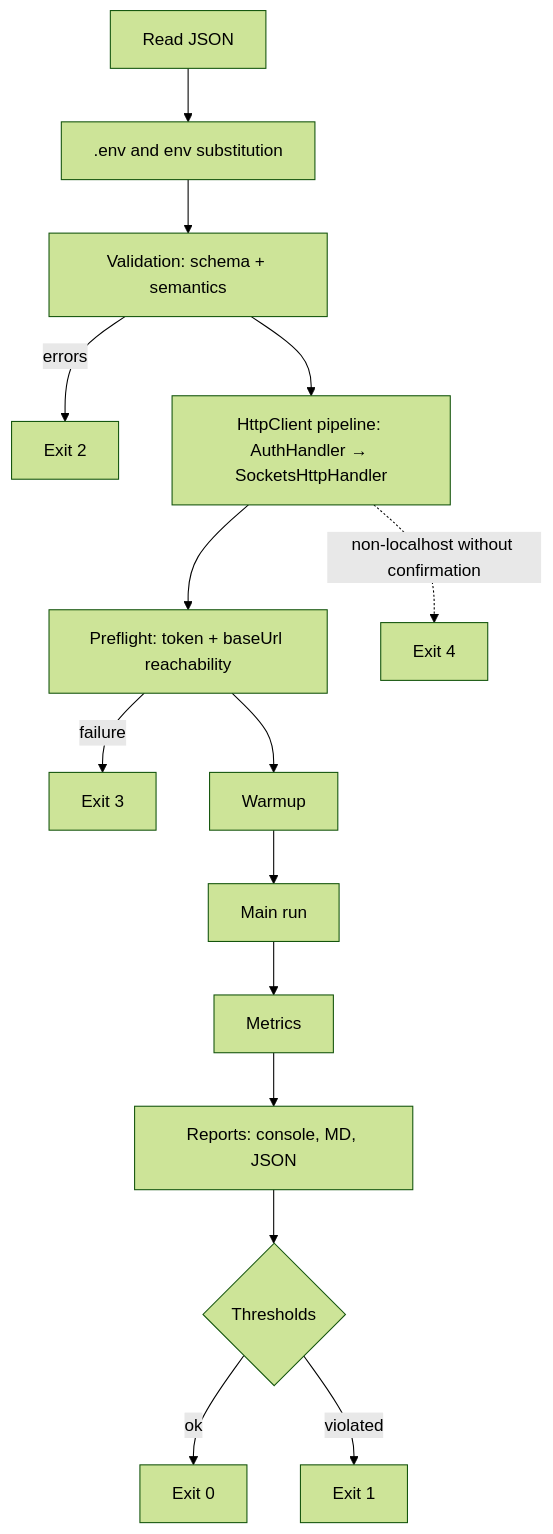
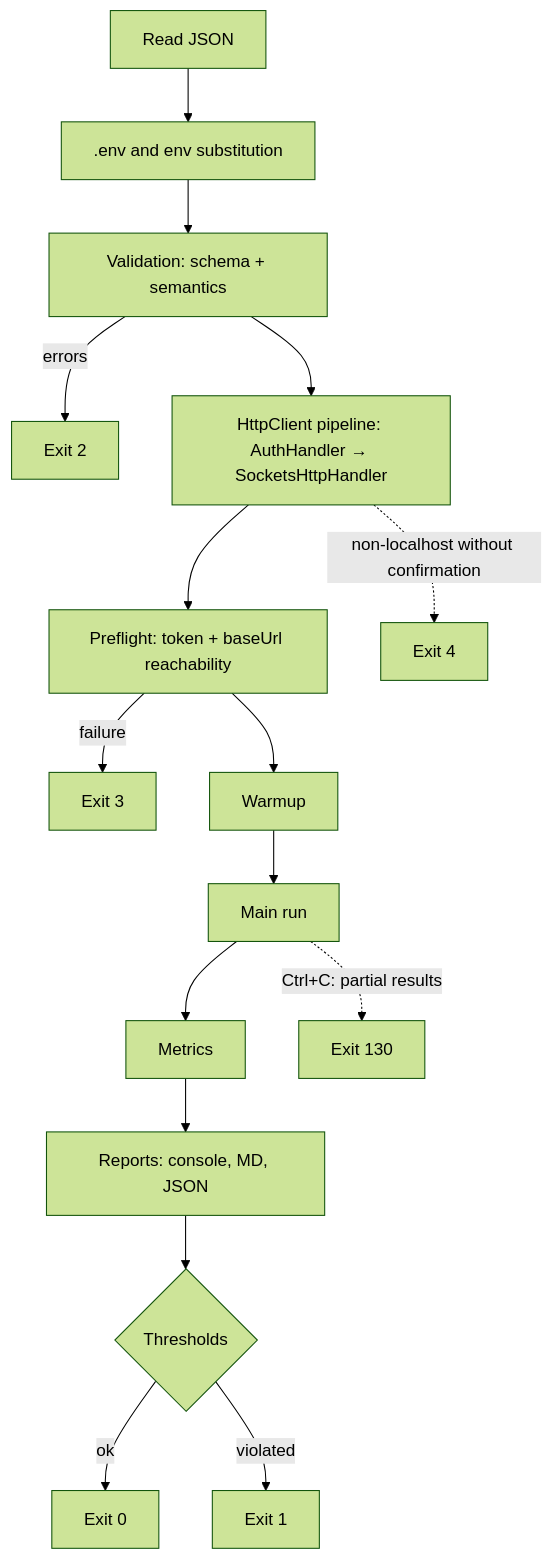
One commit to zhiganik/LoadKit changed the second of 2 diagrams in docs/architecture/OVERVIEW.md. Above: the diagram before and after it, drawn with Mermaid (forest theme). The commit also changed other lines of this file and 6 other files, not shown here.

````diff
--- a/docs/architecture/OVERVIEW.md
+++ b/docs/architecture/OVERVIEW.md
@@ -50,17 +50,18 @@
 ```mermaid
 flowchart TD
     A[Read JSON] --> B[.env and env substitution]
     B --> C[Validation: schema + semantics]
     C -->|errors| X2[Exit 2]
     C --> D[HttpClient pipeline: AuthHandler → SocketsHttpHandler]
     D --> E[Preflight: token + baseUrl reachability]
     E -->|failure| X3[Exit 3]
     E --> F[Warmup]
     F --> G[Main run]
     G --> H[Metrics]
     H --> I[Reports: console, MD, JSON]
     I --> J{Thresholds}
     J -->|ok| X0[Exit 0]
     J -->|violated| X1[Exit 1]
     D -.->|non-localhost without confirmation| X4[Exit 4]
+    G -.->|Ctrl+C: partial results| X130[Exit 130]
 ```
````
